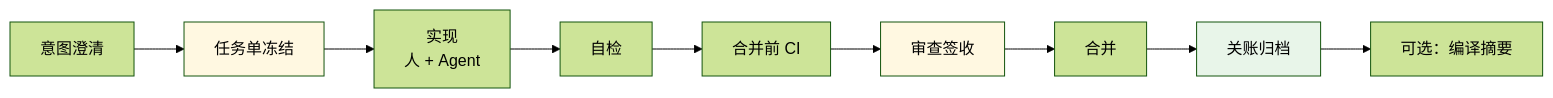
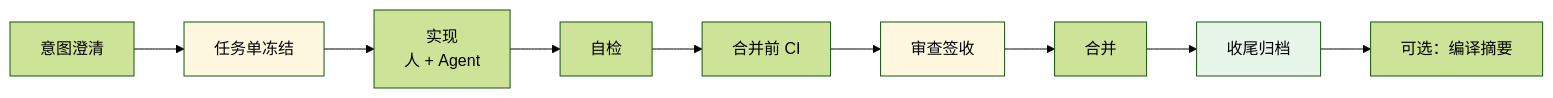
One commit to Cyning12/ai-coding-closed-loop-articles changed the diagram in ARTICLE_AI_Coding_可闭环协作_公众稿_vol4_v1.0.0_zh.md. Above: the diagram before and after it, drawn with Mermaid (forest theme). The commit also changed other lines of this file and 3 other files, not shown here.

````diff
--- a/ARTICLE_AI_Coding_可闭环协作_公众稿_vol4_v1.0.0_zh.md
+++ b/ARTICLE_AI_Coding_可闭环协作_公众稿_vol4_v1.0.0_zh.md
@@ -52,15 +52,15 @@
 ```mermaid
 flowchart LR
     A["意图澄清"] --> B["任务单冻结"]
     B --> C["实现<br/>人 + Agent"]
     C --> D["自检"]
     D --> E["合并前 CI"]
     E --> F["审查签收"]
     F --> G["合并"]
-    G --> H["关账归档"]
+    G --> H["收尾归档"]
     H --> I["可选：编译摘要"]
 
     style B fill:#fff8e1
     style F fill:#fff8e1
     style H fill:#e8f5e9
 ```
````
